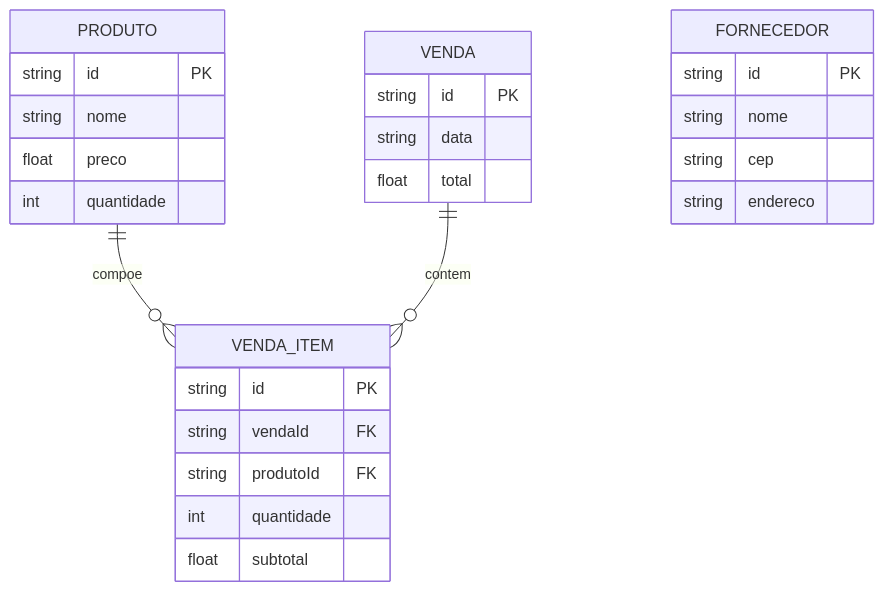
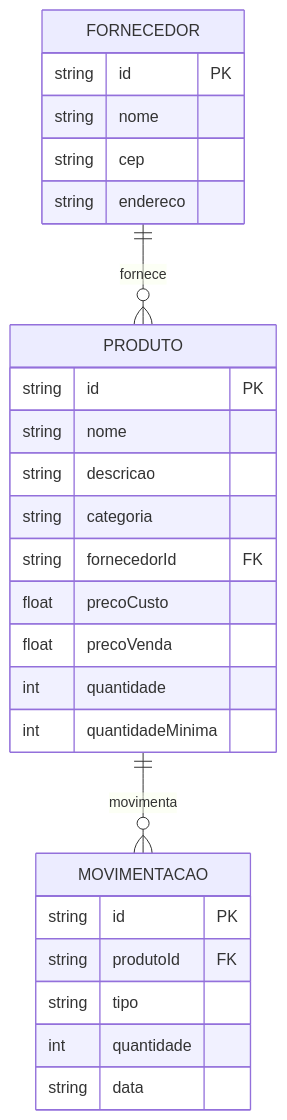
Before and after one commit to alissonst-dev/controle-de-recursos-empresarias: the diagram in docs/spec.md, drawn with Mermaid. The commit also changed other lines of this file, not shown here.

````diff
--- a/docs/spec.md
+++ b/docs/spec.md
@@ -9,33 +9,33 @@
 ```mermaid
 erDiagram
-PRODUTO ||--o{ VENDA_ITEM : compoe
-VENDA ||--o{ VENDA_ITEM : contem
 
-PRODUTO {
-    string id PK
-    string nome
-    float preco
-    int quantidade
-}
-
-VENDA {
-    string id PK
-    string data
-    float total
-}
-
-VENDA_ITEM {
-    string id PK
-    string vendaId FK
-    string produtoId FK
-    int quantidade
-    float subtotal
-}
+FORNECEDOR ||--o{ PRODUTO : fornece
+PRODUTO ||--o{ MOVIMENTACAO : movimenta
 
 FORNECEDOR {
     string id PK
     string nome
     string cep
     string endereco
 }
+
+PRODUTO {
+    string id PK
+    string nome
+    string descricao
+    string categoria
+    string fornecedorId FK
+    float precoCusto
+    float precoVenda
+    int quantidade
+    int quantidadeMinima
+}
+
+MOVIMENTACAO {
+    string id PK
+    string produtoId FK
+    string tipo
+    int quantidade
+    string data
+}
 ```
````
